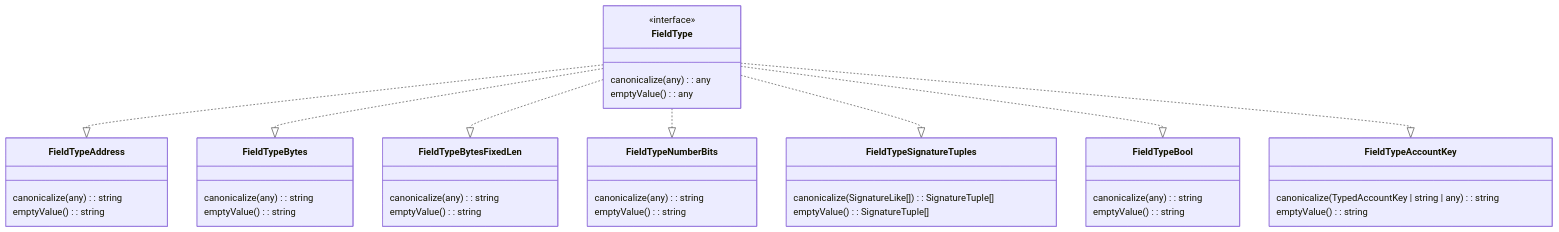
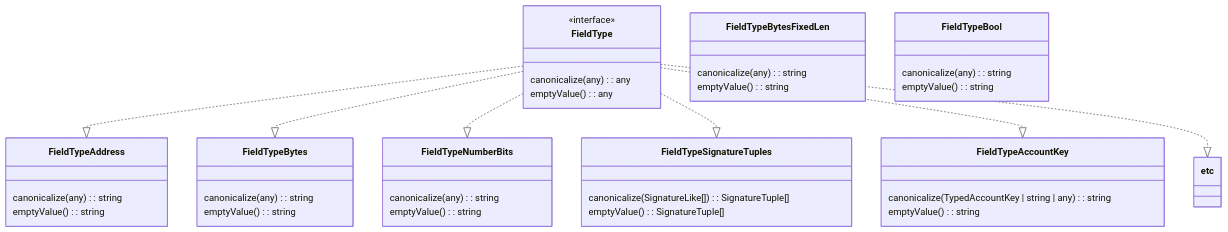
The first of 4 diagrams in README.md (blukat29/klaytn-sdk-design), drawn with Mermaid before and after one commit. The commit also changed other lines of this file and 2 other files, not shown here.

Commit message:
Add TxTypeFeeDelegatedCancel example

````diff
--- a/README.md
+++ b/README.md
@@ -38,43 +38,42 @@
 ```mermaid
 classDiagram
   class FieldType {
     <<interface>> 
     canonicalize(any): any
     emptyValue(): any
   }
   FieldType ..|> FieldTypeAddress
   FieldType ..|> FieldTypeBytes
-  FieldType ..|> FieldTypeBytesFixedLen
   FieldType ..|> FieldTypeNumberBits
   FieldType ..|> FieldTypeSignatureTuples
-  FieldType ..|> FieldTypeBool
   FieldType ..|> FieldTypeAccountKey
+  FieldType ..|> etc
   class FieldTypeAddress {
     canonicalize(any): string
     emptyValue(): string
   }
   class FieldTypeBytes {
     canonicalize(any): string
     emptyValue(): string
   }
   class FieldTypeBytesFixedLen {
     canonicalize(any): string
     emptyValue(): string
   }
   class FieldTypeNumberBits {
     canonicalize(any): string
     emptyValue(): string
   }
   class FieldTypeSignatureTuples {
     canonicalize( SignatureLike[]): SignatureTuple[]
     emptyValue(): SignatureTuple[]
   }
   class FieldTypeBool {
     canonicalize(any): string
     emptyValue(): string
   }
   class FieldTypeAccountKey {
     canonicalize(TypedAccountKey | string | any): string
     emptyValue(): string
   }
 ```
````
